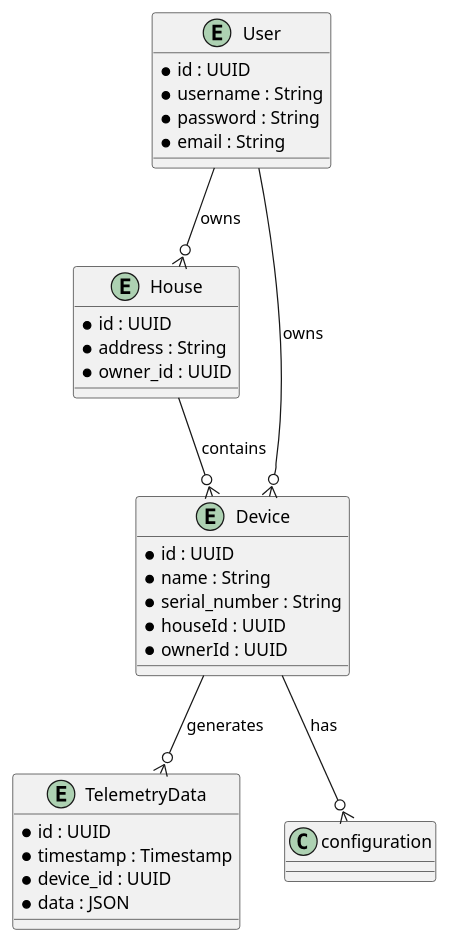
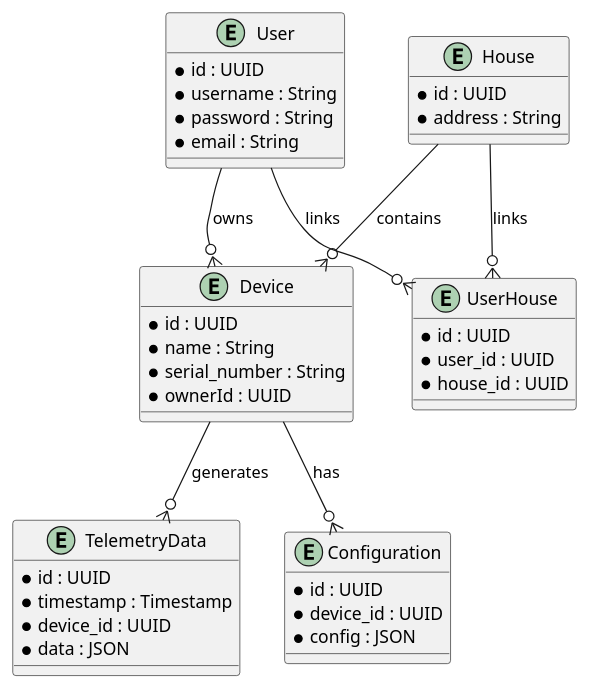
One commit to alexStarck/architecture-sprint-3 changed the diagram in diagram/ER_diagram.puml. Above: the diagram before and after it, drawn with PlantUML. The commit also changed 6 other files, not shown here.

```diff
--- a/diagram/ER_diagram.puml
+++ b/diagram/ER_diagram.puml
@@ -1,35 +1,46 @@
 @startuml
 entity "User" as user {
   * id : UUID
   * username : String
   * password : String
   * email : String
 }
 
 entity "House" as house {
   * id : UUID
   * address : String
-  * owner_id : UUID
 }
 
 entity "Device" as device {
   * id : UUID
   * name : String
   * serial_number : String
-  * houseId : UUID
   * ownerId : UUID
 }
 
 entity "TelemetryData" as telemetryData {
   * id : UUID
   * timestamp : Timestamp
   * device_id : UUID
   * data : JSON
 }
 
-user --o{ house : owns
+entity "Configuration" as configuration {
+  * id : UUID
+  * device_id : UUID
+  * config : JSON
+}
+
+entity "UserHouse" as userHouse {
+  * id : UUID
+  * user_id : UUID
+  * house_id : UUID
+}
+
+user --o{ userHouse : links
+house --o{ userHouse : links
 user --o{ device : owns
 house --o{ device : contains
 device --o{ telemetryData : generates
 device --o{ configuration : has
 @enduml
```
